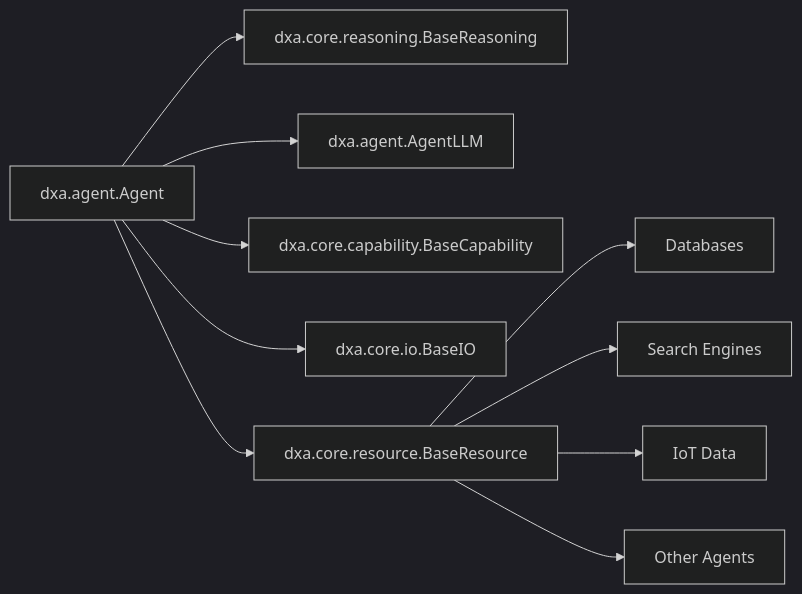
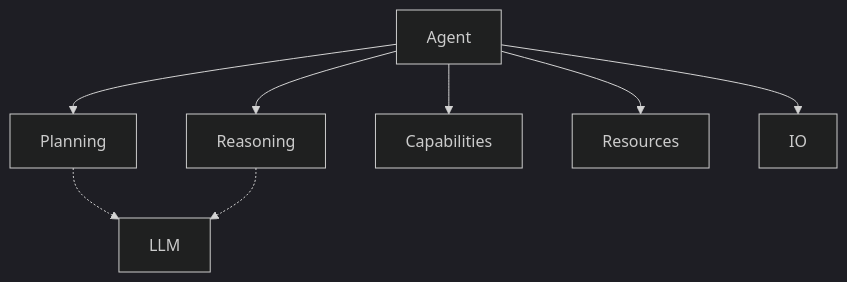
One commit to aitomatic/dana changed the diagram in dxa/README.md. Above: the diagram before and after it, drawn with Mermaid (dark theme). The commit also changed other lines of this file, not shown here.

````diff
--- a/dxa/README.md
+++ b/dxa/README.md
@@ -79,13 +52,11 @@
 ```mermaid
-graph LR
-    A[dxa.agent.Agent] --> B[dxa.core.reasoning.BaseReasoning]
-    A --> C[dxa.agent.AgentLLM]
-    A --> D[dxa.core.capability.BaseCapability]
-    A --> E[dxa.core.io.BaseIO]
-    A --> F[dxa.core.resource.BaseResource]
+graph TB
+    A[Agent] --> B[Planning]
+    A --> C[Reasoning]
+    A --> D[Capabilities]
+    A --> E[Resources]
+    A --> F[IO]
     
-    F --> G[Databases]
-    F --> H[Search Engines]
-    F --> I[IoT Data]
-    F --> J[Other Agents]
+    B -.-> G[LLM]
+    C -.-> G
 ```
````
